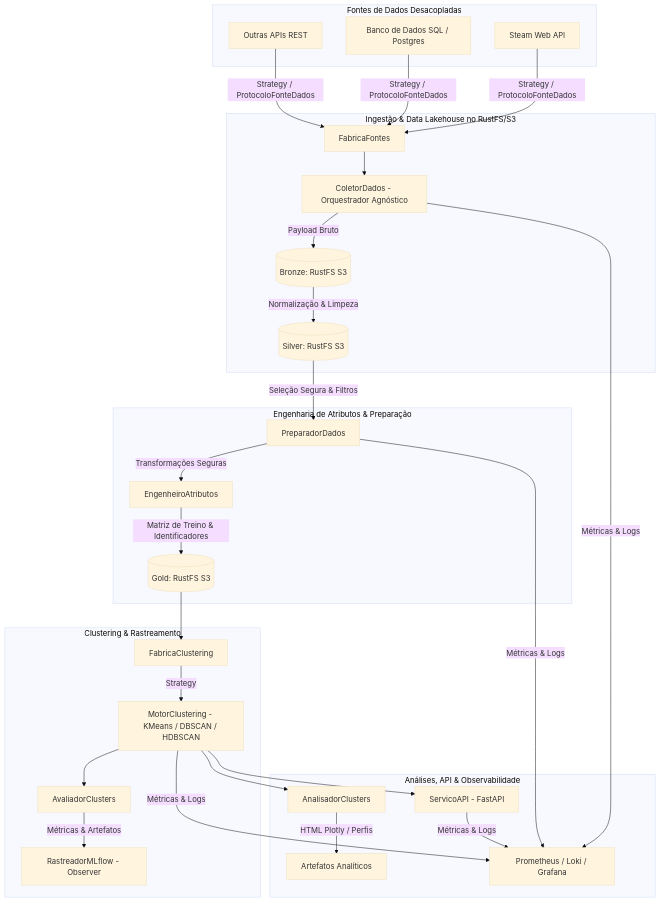
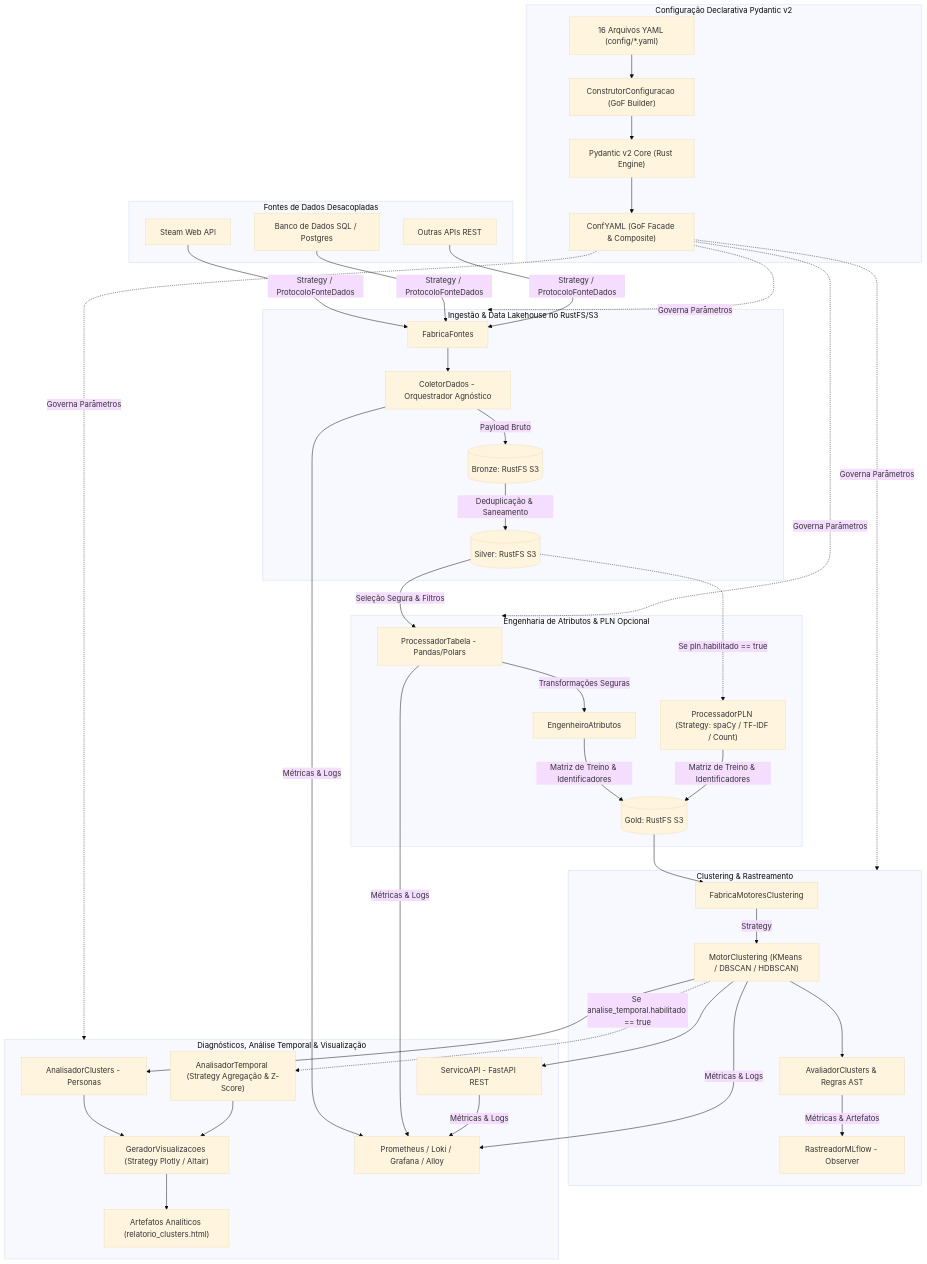
The diagram in production_artifacts/Technical_Specification.md (rodrigorocha1234/agrupamento_comentarios_youtube), drawn with Mermaid (base theme) before and after one commit. The commit also changed other lines of this file and 69 other files, not shown here.

Commit message:
feat: implement temporal analysis pipeline, configuration modules, and PLN processing factories

````diff
--- a/production_artifacts/Technical_Specification.md
+++ b/production_artifacts/Technical_Specification.md
@@ -37,35 +37,46 @@
 ```mermaid
 flowchart TD
+    subgraph Configuracao [Configuração Declarativa Pydantic v2]
+        CFG["16 Arquivos YAML (config/*.yaml)"] --> B1["ConstrutorConfiguracao (GoF Builder)"]
+        B1 --> V1["Pydantic v2 Core (Rust Engine)"]
+        V1 --> F0["ConfYAML (GoF Facade & Composite)"]
+    end
+
     subgraph Fontes [Fontes de Dados Desacopladas]
         F1[Steam Web API]
         F2[Banco de Dados SQL / Postgres]
         F3[Outras APIs REST]
     end
 
     subgraph Ingestao [Ingestão & Data Lakehouse no RustFS/S3]
         F1 & F2 & F3 -->|Strategy / ProtocoloFonteDados| A[FabricaFontes]
         A --> B[ColetorDados - Orquestrador Agnóstico]
         B -->|Payload Bruto| C[(Bronze: RustFS S3)]
-        C -->|Normalização & Limpeza| D[(Silver: RustFS S3)]
+        C -->|Deduplicação & Saneamento| D[(Silver: RustFS S3)]
     end
 
-    subgraph Preparacao [Engenharia de Atributos & Preparação]
-        D -->|Seleção Segura & Filtros| E[PreparadorDados]
+    subgraph Preparacao [Engenharia de Atributos & PLN Opcional]
+        D -->|Seleção Segura & Filtros| E[ProcessadorTabela - Pandas/Polars]
         E -->|Transformações Seguras| F[EngenheiroAtributos]
-        F -->|Matriz de Treino & Identificadores| G[(Gold: RustFS S3)]
+        D -.->|Se pln.habilitado == true| PLN["ProcessadorPLN (Strategy: spaCy / TF-IDF / Count)"]
+        F & PLN -->|Matriz de Treino & Identificadores| G[(Gold: RustFS S3)]
     end
 
     subgraph Modelagem [Clustering & Rastreamento]
-        G --> H[FabricaClustering]
-        H -->|Strategy| I[MotorClustering - KMeans / DBSCAN / HDBSCAN]
-        I --> J[AvaliadorClusters]
+        G --> H[FabricaMotoresClustering]
+        H -->|Strategy| I["MotorClustering (KMeans / DBSCAN / HDBSCAN)"]
+        I --> J[AvaliadorClusters & Regras AST]
         J -->|Métricas & Artefatos| K[RastreadorMLflow - Observer]
     end
 
-    subgraph Entrega [Análises, API & Observabilidade]
-        I --> L[AnalisadorClusters]
-        L -->|HTML Plotly / Perfis| M[Artefatos Analíticos]
-        I --> N[ServicoAPI - FastAPI]
-        B & E & I & N -->|Métricas & Logs| O[Prometheus / Loki / Grafana]
+    subgraph Entrega [Diagnósticos, Análise Temporal & Visualização]
+        I --> L[AnalisadorClusters - Personas]
+        I -.->|Se analise_temporal.habilitado == true| AT["AnalisadorTemporal (Strategy Agregação & Z-Score)"]
+        L & AT --> VIZ["GeradorVisualizacoes (Strategy Plotly / Altair)"]
+        VIZ --> M["Artefatos Analíticos (relatorio_clusters.html)"]
+        I --> N[ServicoAPI - FastAPI REST]
+        B & E & I & N -->|Métricas & Logs| O[Prometheus / Loki / Grafana / Alloy]
     end
+
+    F0 -.->|Governa Parâmetros| Ingestao & Preparacao & Modelagem & Entrega
 ```
````
